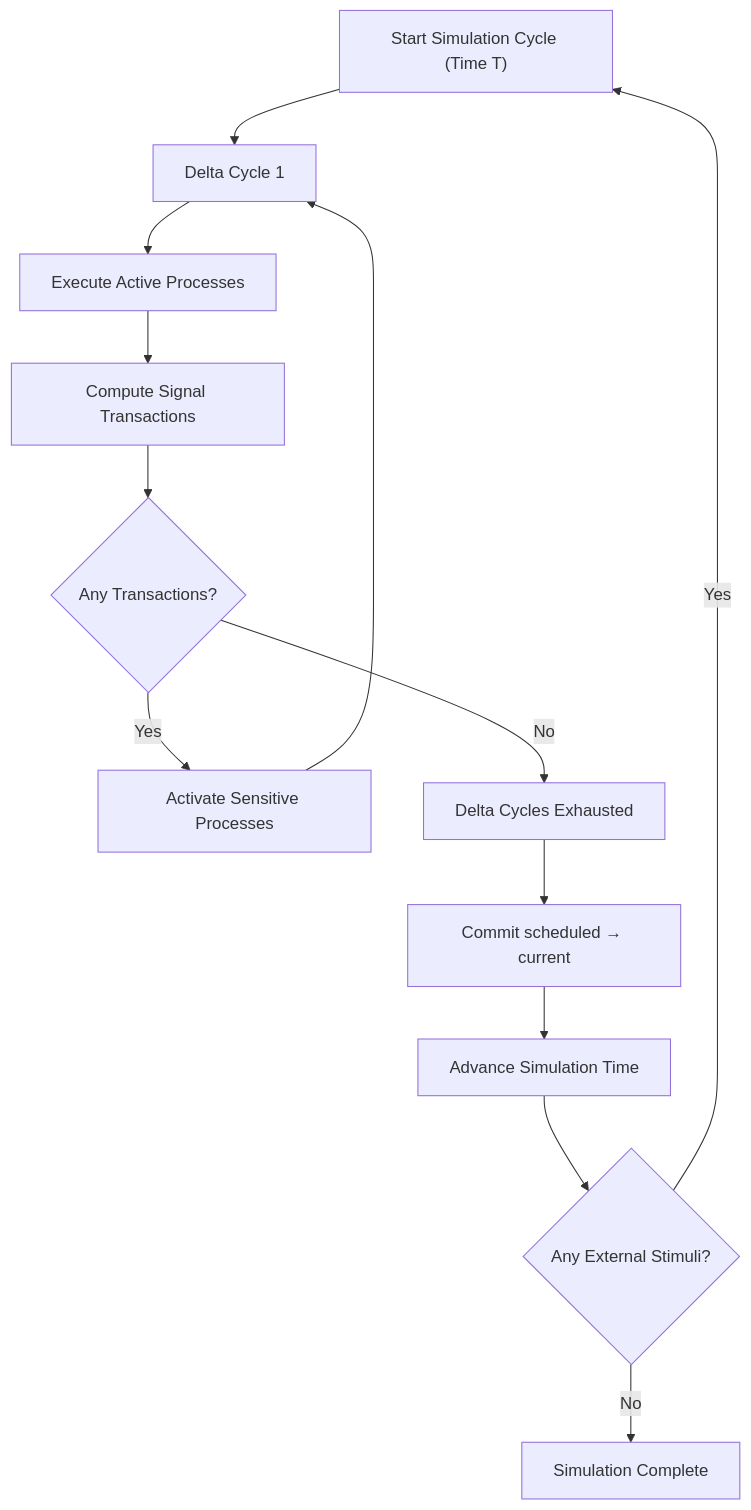
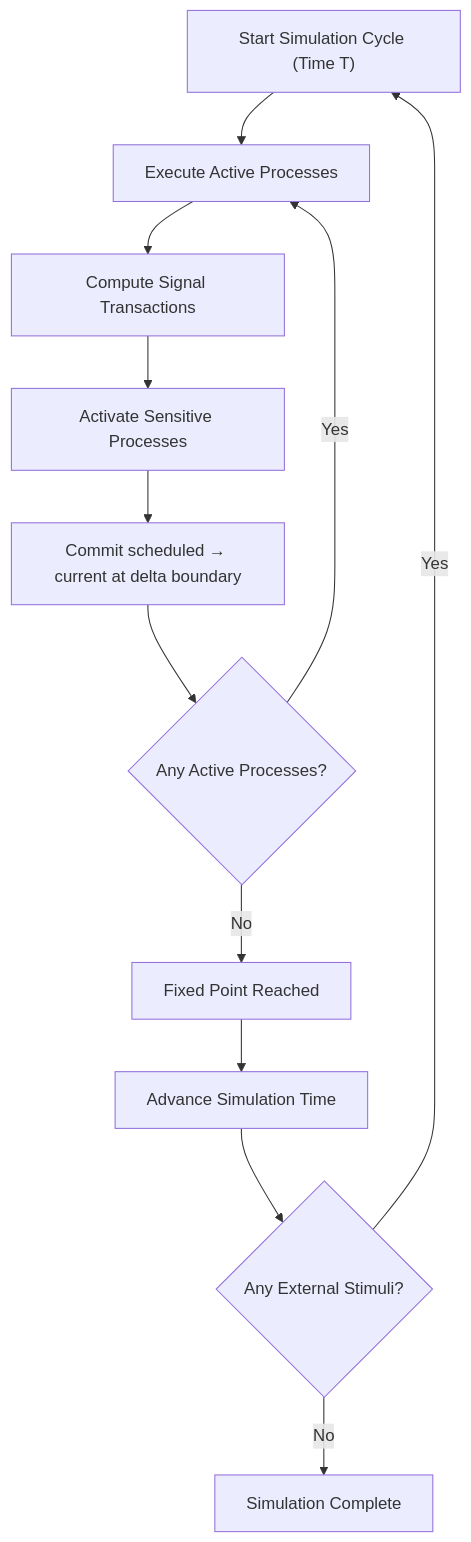
One commit to GabrielAtGitHub/actorsc changed the first of 2 diagrams in CLAUDE.md. Above: the diagram before and after it, drawn with Mermaid. The commit also changed other lines of this file and 2 other files, not shown here.

Commit message:
docs: align spec with per-delta-cycle commit; drop README deviations
The implementation now matches the spec, so there are no deviations to call out:

- PROJECT_PLAN.md / CLAUDE.md: describe commit at each delta-cycle boundary
  (execution-cycle diagrams, signal/scheduler sections, state diagram, and
  formal invariants) instead of only at the simulation-cycle boundary.
- README.md: replace "Deviations from the spec documents" with a short
  conformance note (module-name keyword caveat + convergence guard).

````diff
--- a/CLAUDE.md
+++ b/CLAUDE.md
@@ -255,19 +256,17 @@
 ```mermaid
 flowchart TD
 
-    A["Start Simulation Cycle (Time T)"] --> B[Delta Cycle 1]
-    B --> C[Execute Active Processes]
-    C --> D[Compute Signal Transactions]
-    D --> E{Any Transactions?}
+    A["Start Simulation Cycle (Time T)"] --> B[Execute Active Processes]
+    B --> C[Compute Signal Transactions]
+    C --> D[Activate Sensitive Processes]
+    D --> E[Commit scheduled → current at delta boundary]
+    E --> F{Any Active Processes?}
 
-    E -->|Yes| F[Activate Sensitive Processes]
-    F --> B
+    F -->|Yes| B
+    F -->|No| G[Fixed Point Reached]
+    G --> H[Advance Simulation Time]
+    H --> I{Any External Stimuli?}
 
-    E -->|No| G[Delta Cycles Exhausted]
-    G --> H[Commit scheduled → current]
-    H --> I[Advance Simulation Time]
-    I --> J{Any External Stimuli?}
-
-    J -->|Yes| A
-    J -->|No| K[Simulation Complete]
+    I -->|Yes| A
+    I -->|No| J[Simulation Complete]
 ```
````
